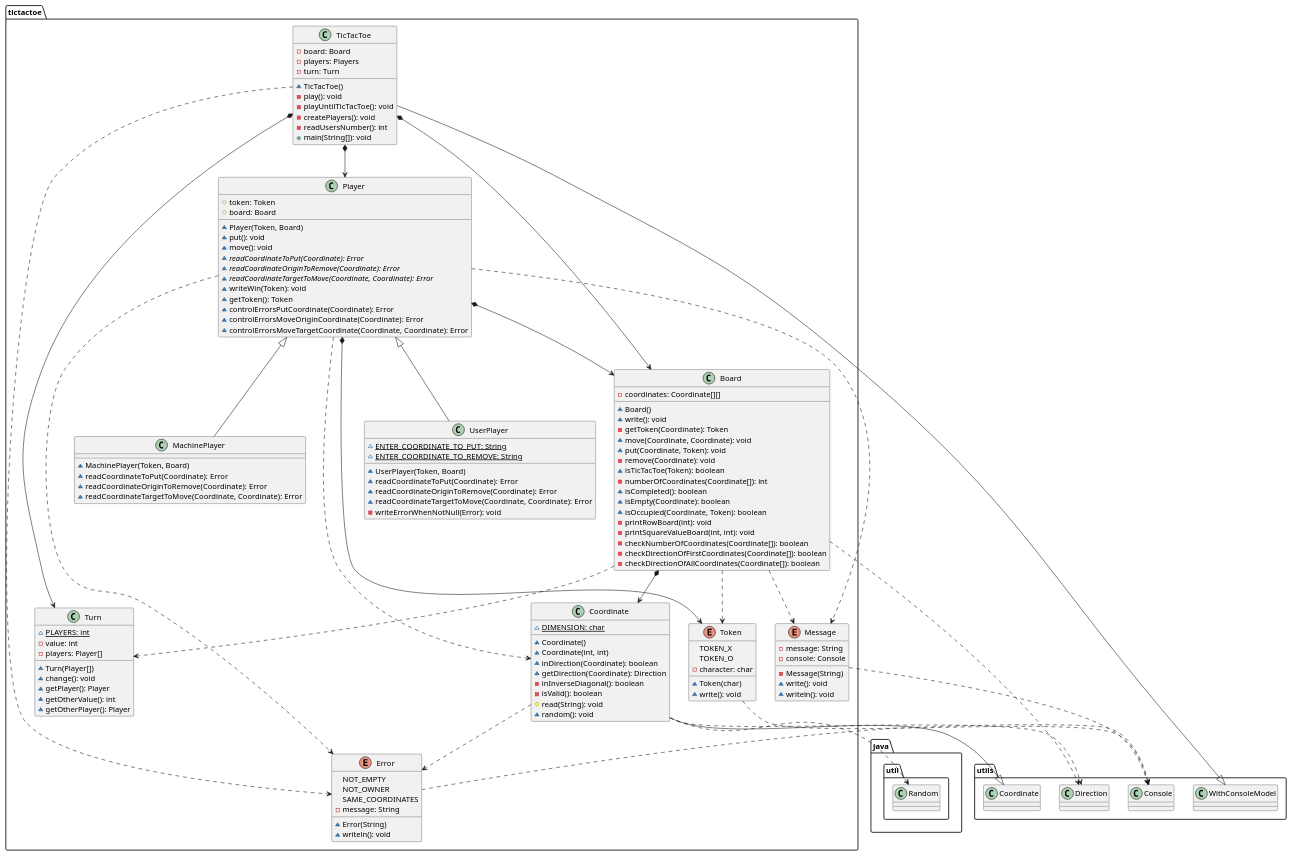
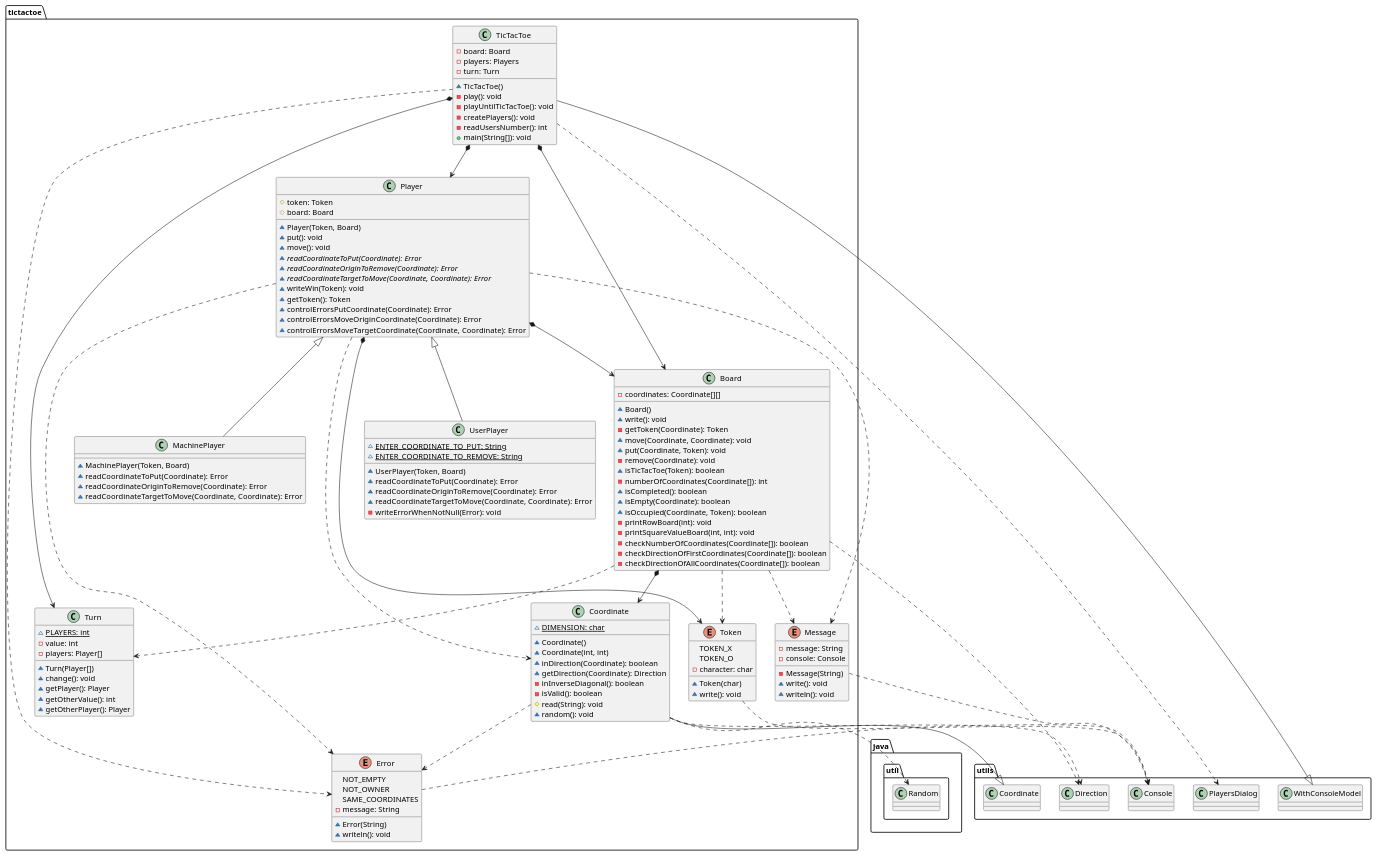
The second of 4 diagrams in docs/src/docs/asciidoc/index.adoc (x-USantaTecla-game-ticTacToe/java), drawn with PlantUML before and after one commit. The commit also changed other lines of this file and 5 other files, not shown here.

Commit message:
Update docs with PlayersDialog

```diff
--- a/docs/src/docs/asciidoc/index.adoc
+++ b/docs/src/docs/asciidoc/index.adoc
@@ -152,6 +152,7 @@
 }
 utils.WithConsoleModel <|-down- tictactoe.TicTacToe
 tictactoe.TicTacToe ..> tictactoe.Error
+tictactoe.TicTacToe ..> utils.PlayersDialog
 tictactoe.TicTacToe *-down-> tictactoe.Board
 tictactoe.TicTacToe *-down-> tictactoe.Player
 tictactoe.TicTacToe *-down-> tictactoe.Turn
```
